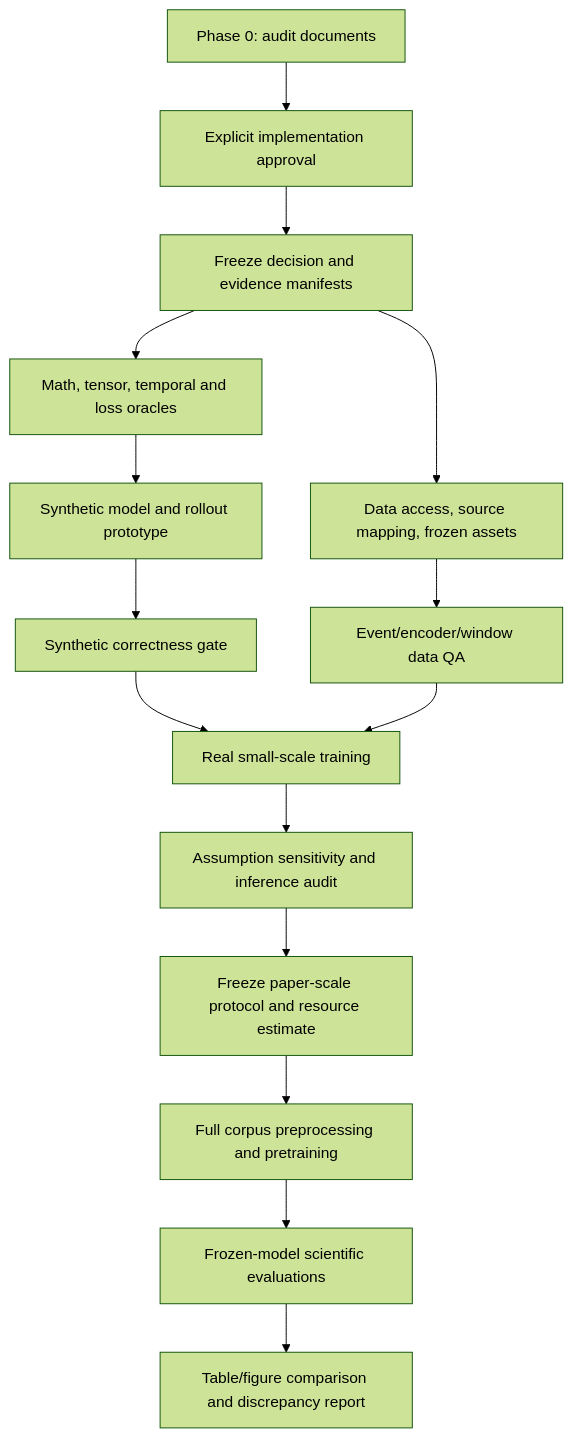
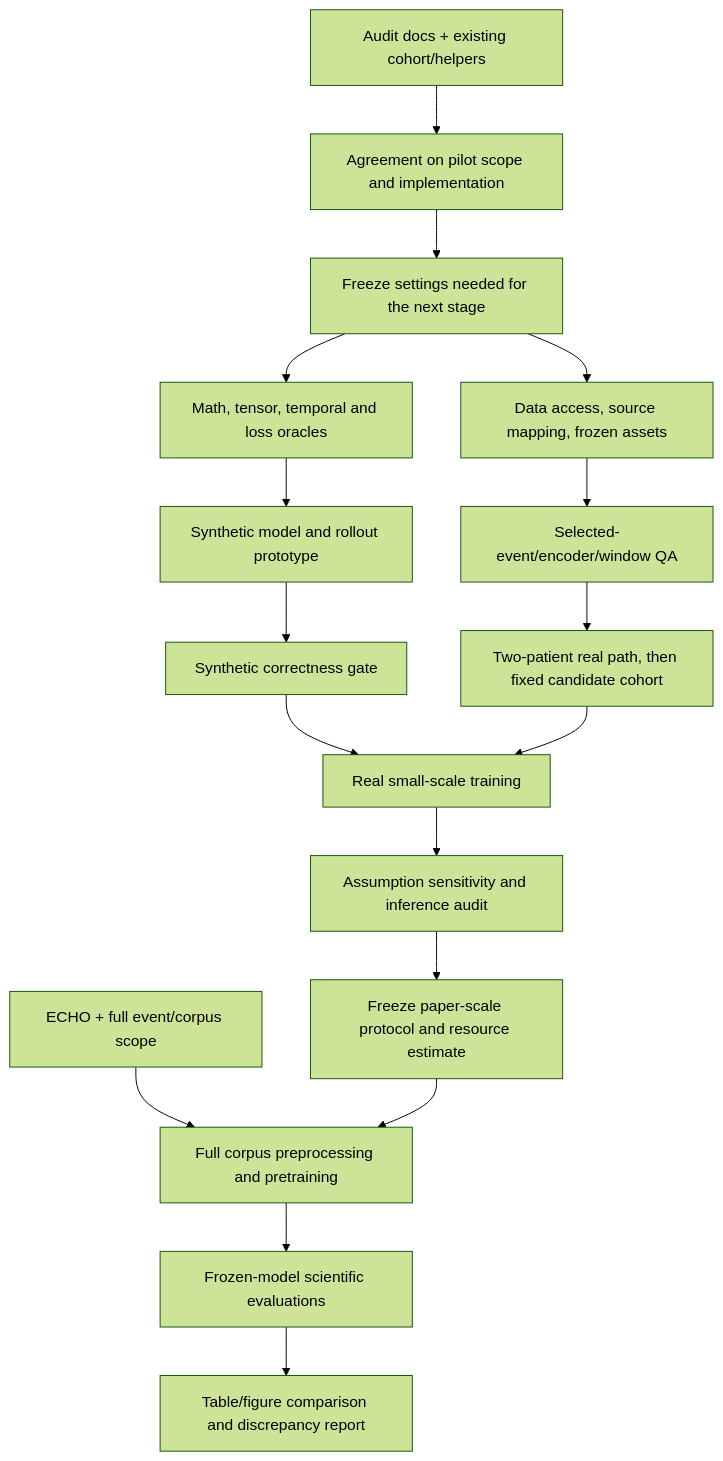
One commit to crepusidiem/NOAH_rep changed the diagram in docs/REPRODUCTION_PLAN.md. Above: the diagram before and after it, drawn with Mermaid (forest theme). The commit also changed other lines of this file and 14 other files, not shown here.

```diff
--- a/docs/REPRODUCTION_PLAN.md
+++ b/docs/REPRODUCTION_PLAN.md
@@ -18,17 +34,19 @@
 ~~~mermaid
 flowchart TD
-    P0["Phase 0: audit documents"] --> G0["Explicit implementation approval"]
-    G0 --> D["Freeze decision and evidence manifests"]
+    P0["Audit docs + existing cohort/helpers"] --> G0["Agreement on pilot scope and implementation"]
+    G0 --> D["Freeze settings needed for the next stage"]
     D --> M["Math, tensor, temporal and loss oracles"]
     D --> A["Data access, source mapping, frozen assets"]
     M --> P["Synthetic model and rollout prototype"]
-    A --> Q["Event/encoder/window data QA"]
+    A --> Q["Selected-event/encoder/window QA"]
+    Q --> Q2["Two-patient real path, then fixed candidate cohort"]
     P --> G1["Synthetic correctness gate"]
     G1 --> S["Real small-scale training"]
-    Q --> S
+    Q2 --> S
     S --> X["Assumption sensitivity and inference audit"]
     X --> G2["Freeze paper-scale protocol and resource estimate"]
-    G2 --> F["Full corpus preprocessing and pretraining"]
+    ECHO["ECHO + full event/corpus scope"] --> F["Full corpus preprocessing and pretraining"]
+    G2 --> F
     F --> E["Frozen-model scientific evaluations"]
     E --> R["Table/figure comparison and discrepancy report"]
 ~~~
```
